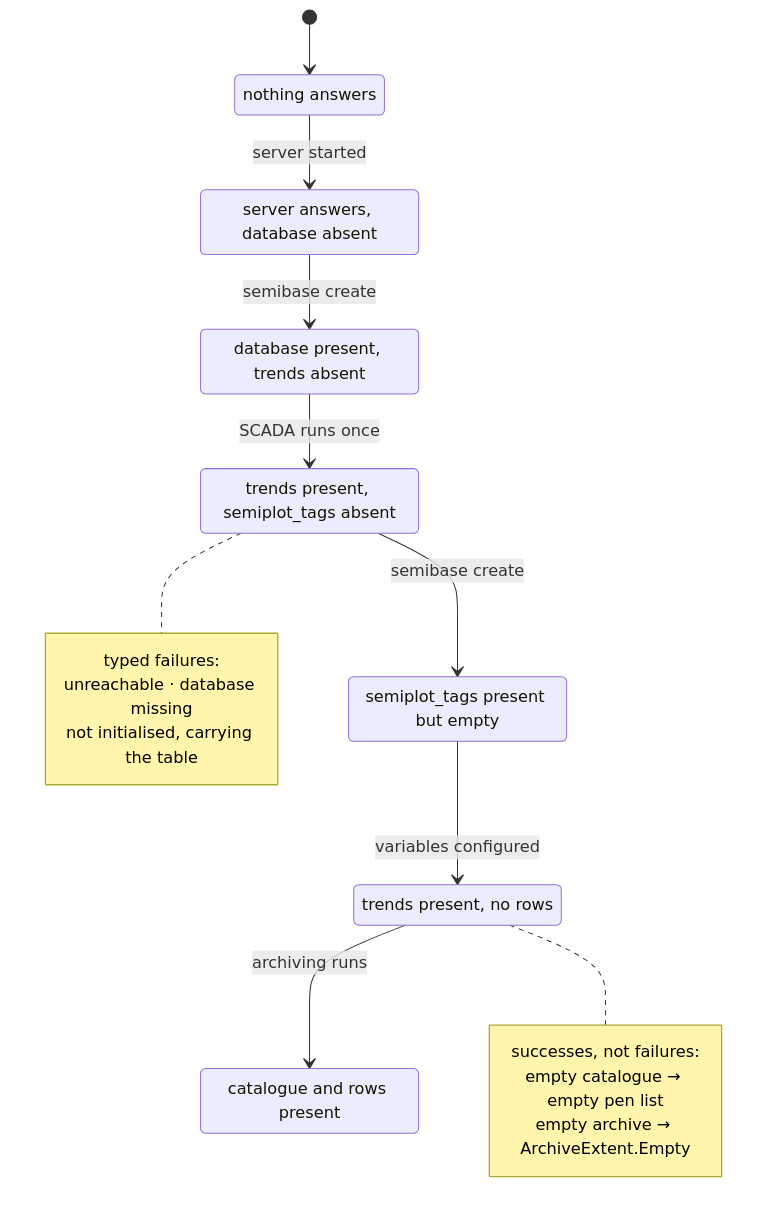
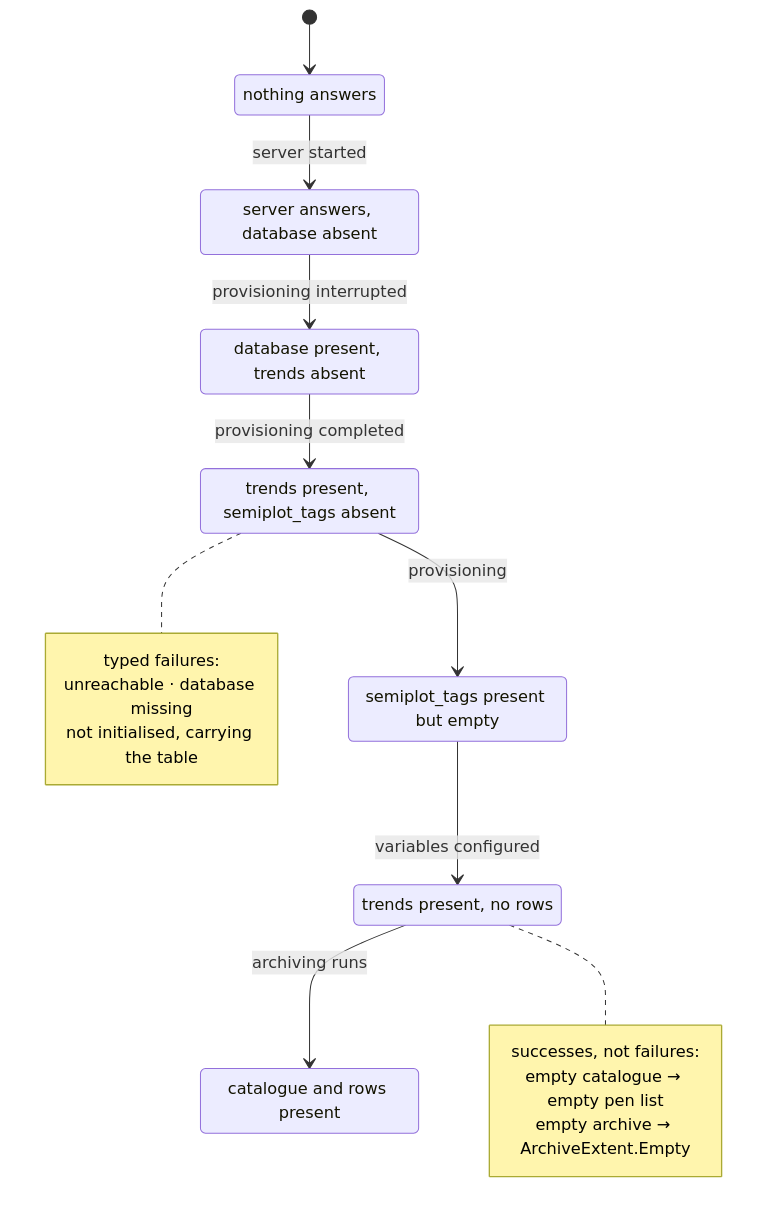
Before and after one commit to Semiteq/SemiPlot: the fourth of 5 diagrams in docs/architecture/postgres-topology.md, drawn with Mermaid. The commit also changed other lines of this file and 40 other files, not shown here.

````diff
--- a/docs/architecture/postgres-topology.md
+++ b/docs/architecture/postgres-topology.md
@@ -126,31 +126,31 @@
 ```mermaid
 stateDiagram-v2
     direction TB
     [*] --> NoServer
     NoServer: nothing answers
     NoDatabase: server answers, database absent
     NoTrends: database present, trends absent
     NoTags: trends present, semiplot_tags absent
     EmptyTags: semiplot_tags present but empty
     EmptyArchive: trends present, no rows
     Ready: catalogue and rows present
 
     NoServer --> NoDatabase: server started
-    NoDatabase --> NoTrends: semibase create
-    NoTrends --> NoTags: SCADA runs once
-    NoTags --> EmptyTags: semibase create
+    NoDatabase --> NoTrends: provisioning interrupted
+    NoTrends --> NoTags: provisioning completed
+    NoTags --> EmptyTags: provisioning
     EmptyTags --> EmptyArchive: variables configured
     EmptyArchive --> Ready: archiving runs
 
     note right of NoTags
         typed failures:
         unreachable · database missing
         not initialised, carrying the table
     end note
 
     note right of EmptyArchive
         successes, not failures:
         empty catalogue → empty pen list
         empty archive → ArchiveExtent.Empty
     end note
 ```
````
